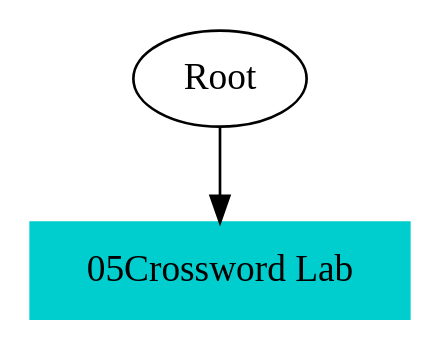
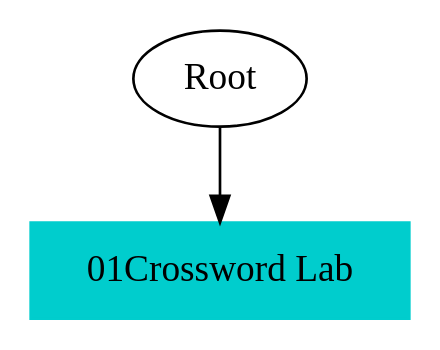
Before and after one commit to mypstom/robotide: the diagram in TS2TS.gv, drawn with Graphviz. The commit also changed 26 other files, not shown here.

```diff
--- a/TS2TS.gv
+++ b/TS2TS.gv
@@ -1,6 +1,6 @@
 // TS <-> TS
 digraph {
 	Root
-	"05Crossword Lab" [color=cyan3 shape=box style=filled]
-		Root -> "05Crossword Lab"
+	"01Crossword Lab" [color=cyan3 shape=box style=filled]
+		Root -> "01Crossword Lab"
 }
```
